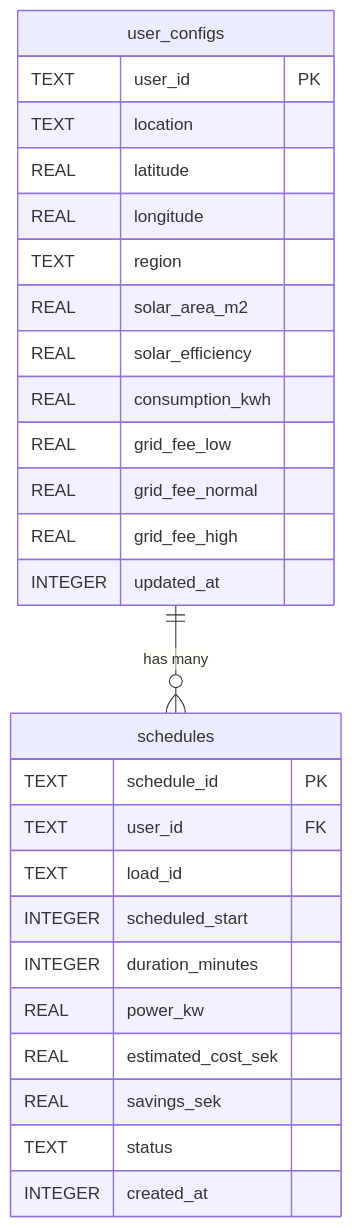
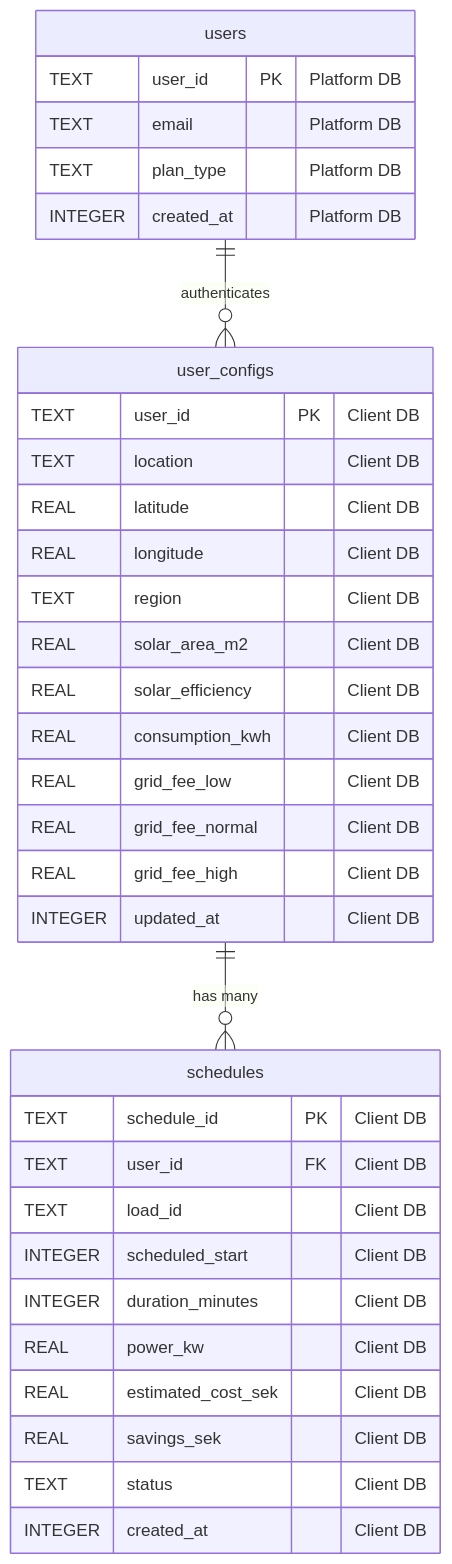
The seventh of 15 diagrams in docs/Nya/SYSTEM_ARKITEKTUR_MERMAID.md (allejako/GridGuard), drawn with Mermaid before and after one commit. The commit also changed other lines of this file, not shown here.

````diff
--- a/docs/Nya/SYSTEM_ARKITEKTUR_MERMAID.md
+++ b/docs/Nya/SYSTEM_ARKITEKTUR_MERMAID.md
@@ -531,32 +545,40 @@
 ```mermaid
 erDiagram
+    users ||--o{ user_configs : "authenticates"
     user_configs ||--o{ schedules : "has many"
 
+    users {
+        TEXT user_id PK "Platform DB"
+        TEXT email "Platform DB"
+        TEXT plan_type "Platform DB"
+        INTEGER created_at "Platform DB"
+    }
+
     user_configs {
-        TEXT user_id PK
-        TEXT location
-        REAL latitude
-        REAL longitude
-        TEXT region
-        REAL solar_area_m2
-        REAL solar_efficiency
-        REAL consumption_kwh
-        REAL grid_fee_low
-        REAL grid_fee_normal
-        REAL grid_fee_high
-        INTEGER updated_at
+        TEXT user_id PK "Client DB"
+        TEXT location "Client DB"
+        REAL latitude "Client DB"
+        REAL longitude "Client DB"
+        TEXT region "Client DB"
+        REAL solar_area_m2 "Client DB"
+        REAL solar_efficiency "Client DB"
+        REAL consumption_kwh "Client DB"
+        REAL grid_fee_low "Client DB"
+        REAL grid_fee_normal "Client DB"
+        REAL grid_fee_high "Client DB"
+        INTEGER updated_at "Client DB"
     }
 
     schedules {
-        TEXT schedule_id PK
-        TEXT user_id FK
-        TEXT load_id
-        INTEGER scheduled_start
-        INTEGER duration_minutes
-        REAL power_kw
-        REAL estimated_cost_sek
-        REAL savings_sek
-        TEXT status
-        INTEGER created_at
+        TEXT schedule_id PK "Client DB"
+        TEXT user_id FK "Client DB"
+        TEXT load_id "Client DB"
+        INTEGER scheduled_start "Client DB"
+        INTEGER duration_minutes "Client DB"
+        REAL power_kw "Client DB"
+        REAL estimated_cost_sek "Client DB"
+        REAL savings_sek "Client DB"
+        TEXT status "Client DB"
+        INTEGER created_at "Client DB"
     }
 ```
````
